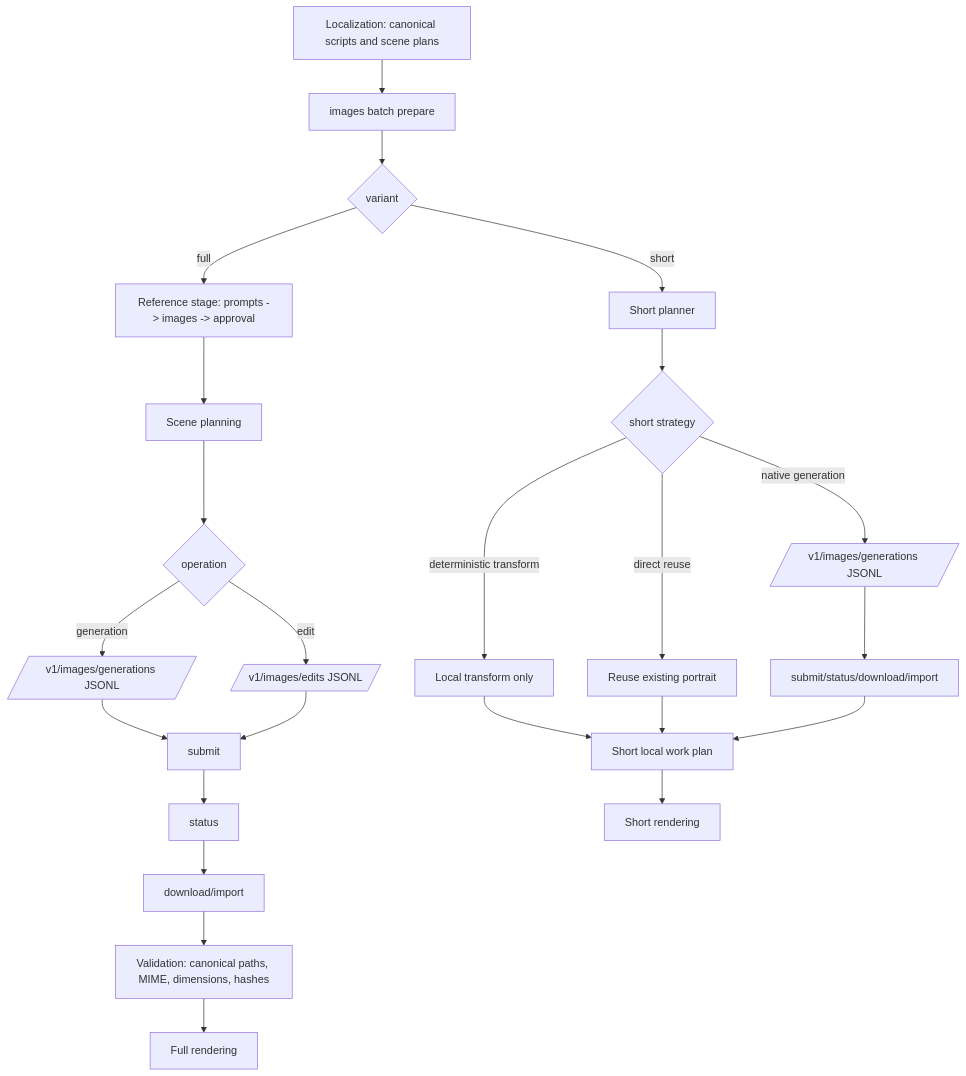
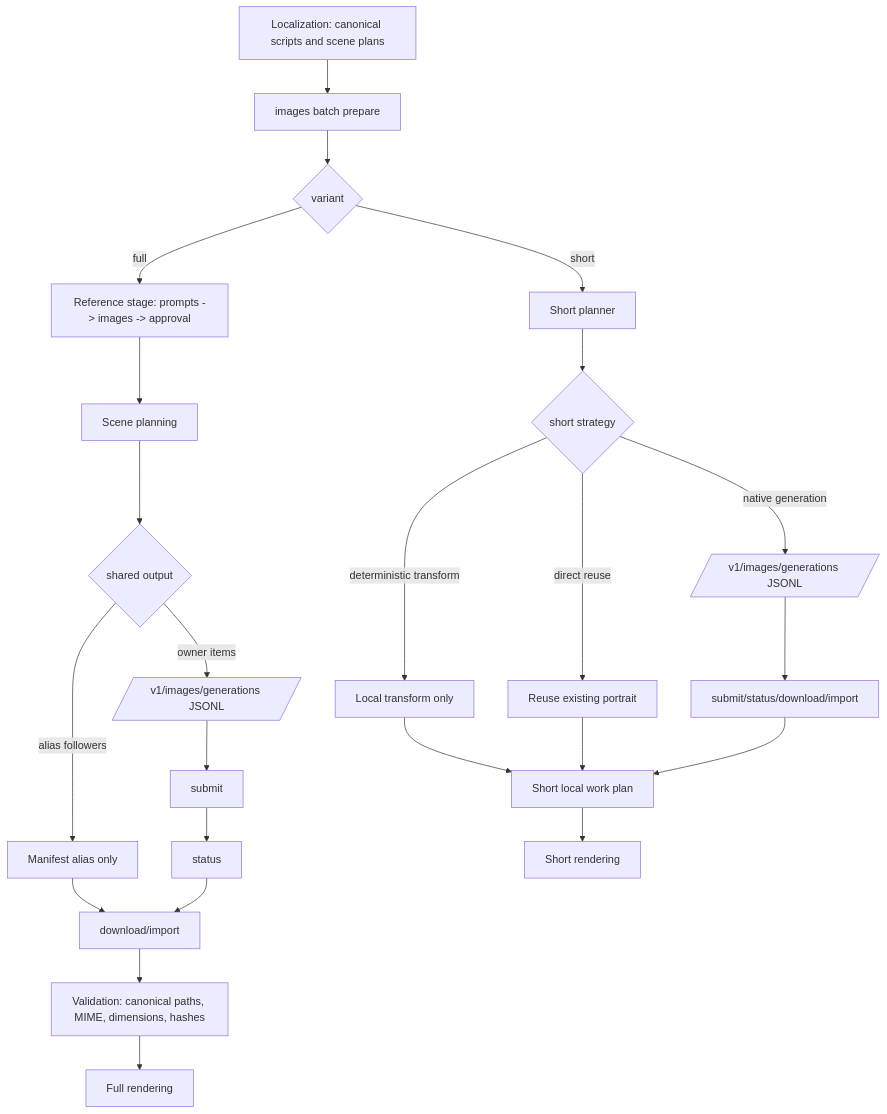
One commit to temp3l/youtube-other changed the diagram in docs/cli-batch-images.md. Above: the diagram before and after it, drawn with Mermaid. The commit also changed other lines of this file and 73 other files, not shown here.

````diff
--- a/docs/cli-batch-images.md
+++ b/docs/cli-batch-images.md
@@ -445,26 +454,26 @@
 ```mermaid
 flowchart TD
   A[Localization: canonical scripts and scene plans] --> B[images batch prepare]
   B --> C{variant}
   C -->|full| D[Reference stage: prompts -> images -> approval]
   D --> E[Scene planning]
-  E --> F{operation}
-  F -->|generation| G[/v1/images/generations JSONL/]
-  F -->|edit| H[/v1/images/edits JSONL/]
+  E --> F{shared output}
+  F -->|owner items| G[/v1/images/generations JSONL/]
+  F -->|alias followers| H[Manifest alias only]
   G --> I[submit]
-  H --> I
+  H --> K
   I --> J[status]
   J --> K[download/import]
   K --> L[Validation: canonical paths, MIME, dimensions, hashes]
   L --> M[Full rendering]
   C -->|short| N[Short planner]
   N --> O{short strategy}
   O -->|native generation| P[/v1/images/generations JSONL/]
   O -->|deterministic transform| Q[Local transform only]
   O -->|direct reuse| R[Reuse existing portrait]
   P --> I2[submit/status/download/import]
   Q --> S[Short local work plan]
   R --> S
   I2 --> S
   S --> T[Short rendering]
 ```
````
